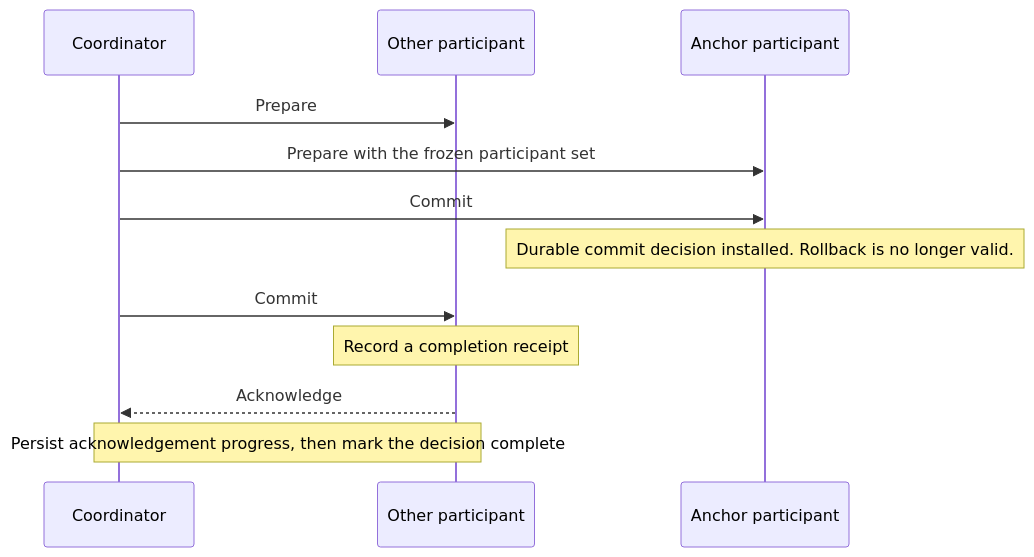
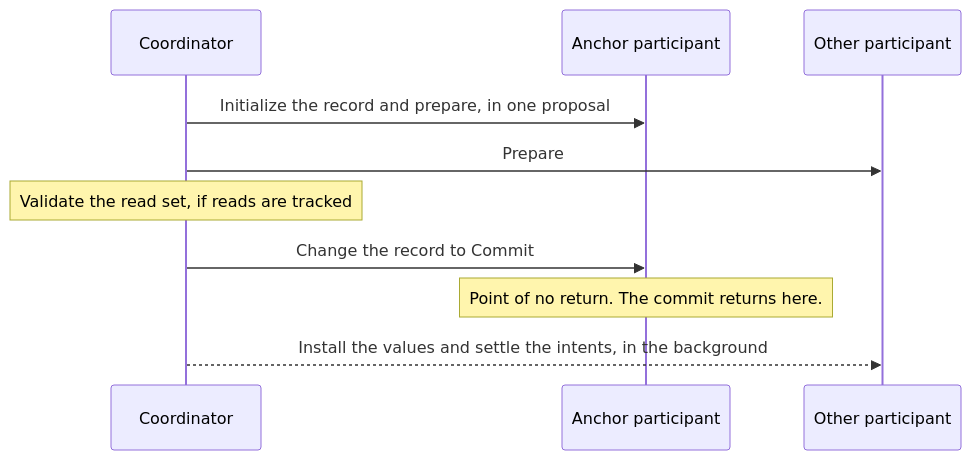
Before and after one commit to camusdb/camusdb.github.io: the diagram in docs/transactions-locking-internals.md, drawn with Mermaid. The commit also changed other lines of this file and 216 other files, not shown here.

````diff
--- a/docs/transactions-locking-internals.md
+++ b/docs/transactions-locking-internals.md
@@ -299,14 +259,12 @@
 ```mermaid
 sequenceDiagram
     participant C as Coordinator
+    participant A as Anchor participant
     participant P as Other participant
-    participant A as Anchor participant
+    C->>A: Initialize the record and prepare, in one proposal
     C->>P: Prepare
-    C->>A: Prepare with the frozen participant set
-    C->>A: Commit
-    Note over A: Durable commit decision installed. Rollback is no longer valid.
-    C->>P: Commit
-    Note over P: Record a completion receipt
-    P-->>C: Acknowledge
-    Note over C,P: Persist acknowledgement progress, then mark the decision complete
+    Note over C: Validate the read set, if reads are tracked
+    C->>A: Change the record to Commit
+    Note over A: Point of no return. The commit returns here.
+    C-->>P: Install the values and settle the intents, in the background
 ```
````
